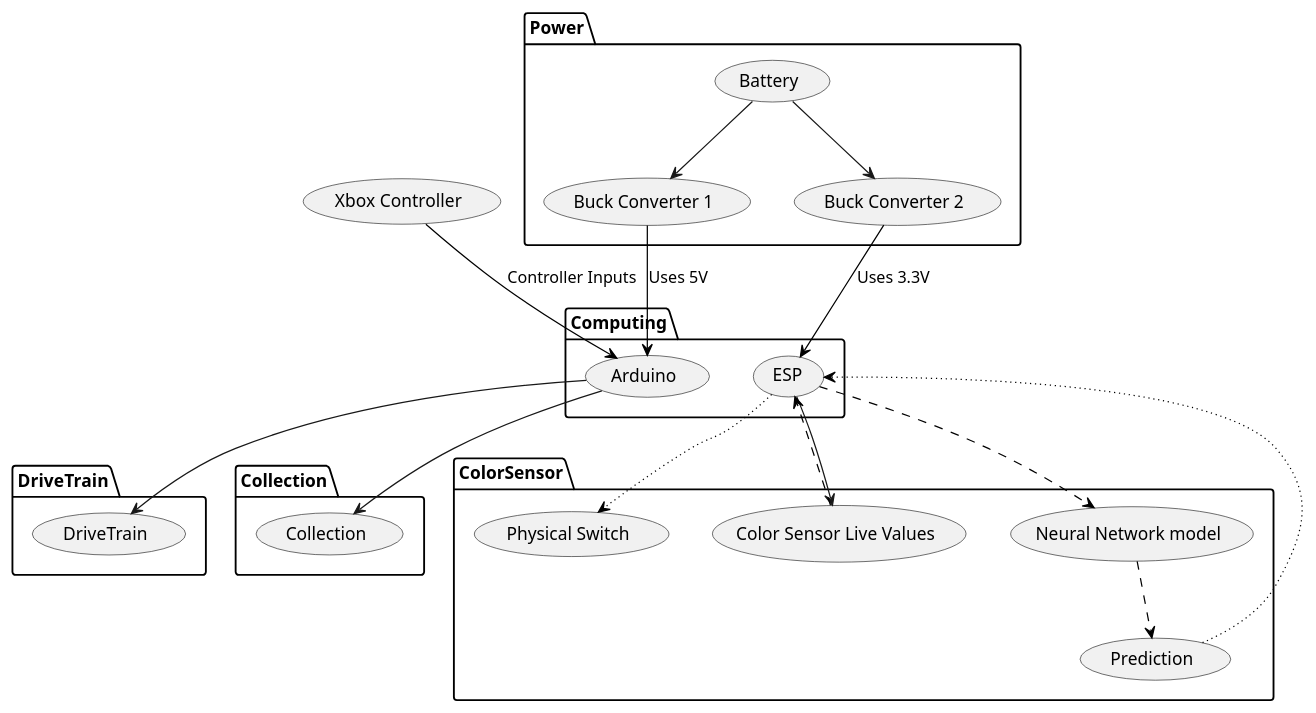
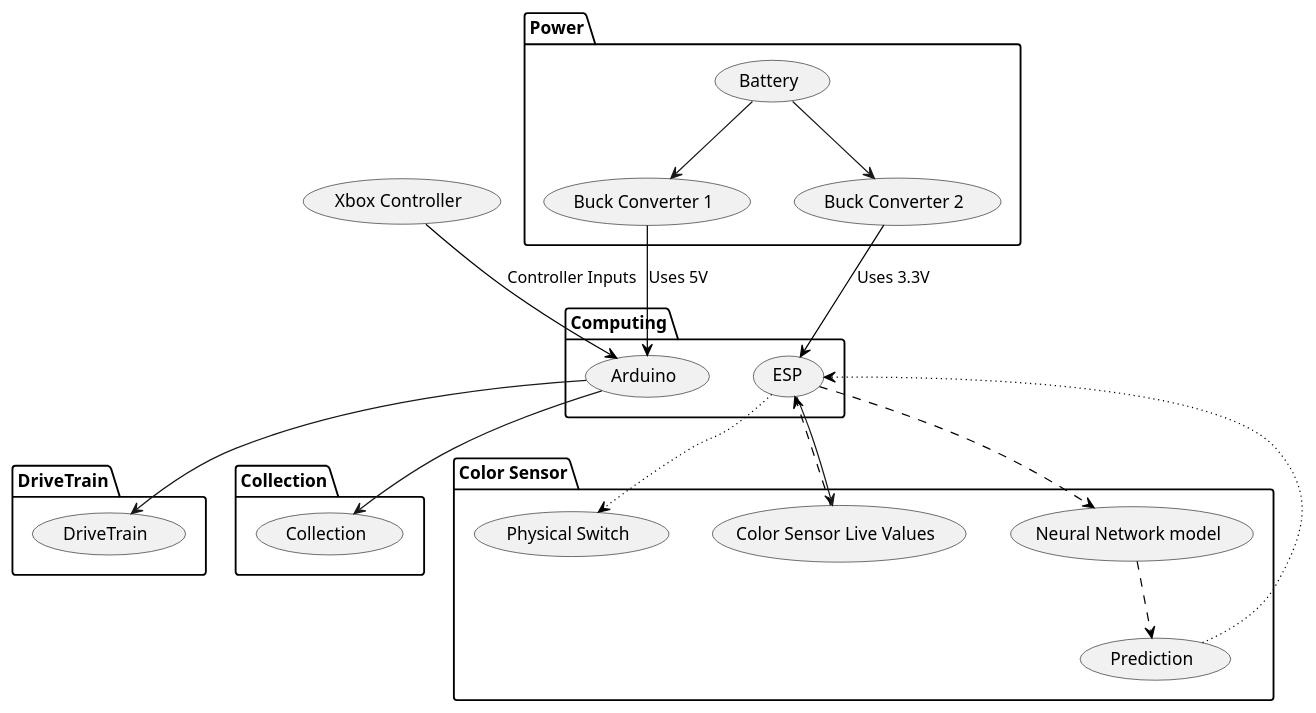
Before and after one commit to RajitTalluri/ASME_SDC_-25--26: the diagram in out/Diagram1/Diagram1.plantuml, drawn with PlantUML. The commit also changed 1 other file, not shown here.

Commit message:
Created State Diagram

```diff
--- a/out/Diagram1/Diagram1.plantuml
+++ b/out/Diagram1/Diagram1.plantuml
@@ -1,56 +1,56 @@
 @startuml ASME SDC 25-26 Diagram
 
 package Computing {
 usecase "Arduino" as Ad
 usecase "ESP"
 }
 
-package ColorSensor {
+package "Color Sensor"  {
 usecase "Neural Network model" as NN
 usecase "Color Sensor Live Values" as LV
 usecase "Prediction" as Pd
 usecase "Physical Switch" as PS
 }
 
 package DriveTrain {
 usecase "DriveTrain" as DT
 }
 
 package Collection {
 usecase "Collection" as Col
 }
 
 package Power {
 usecase "Battery" as B
 usecase "Buck Converter 1" as BC1
 usecase "Buck Converter 2" as BC2
 }
 
 
 (Xbox Controller) --> Ad #black;text:black : Controller Inputs
 
 
 'DRIVETRAIN
 Ad --> DT
 
 
 'COLLECTION
 Ad --> Col
 
 
 'COLORSENSOR
 ESP --> LV
 LV --> ESP #black;line.dashed;
 ESP --> NN #black;line.dashed;
 NN --> Pd #black;line.dashed;
 Pd --> ESP #black;line.dotted;
 ESP --> PS #black;line.dotted;
 
 'POWER
 B --> BC1
 B --> BC2
 BC1 --> Ad #black;text:black : Uses 5V
 BC2 --> ESP #black;text:black : Uses 3.3V
 
 
 @enduml
```
